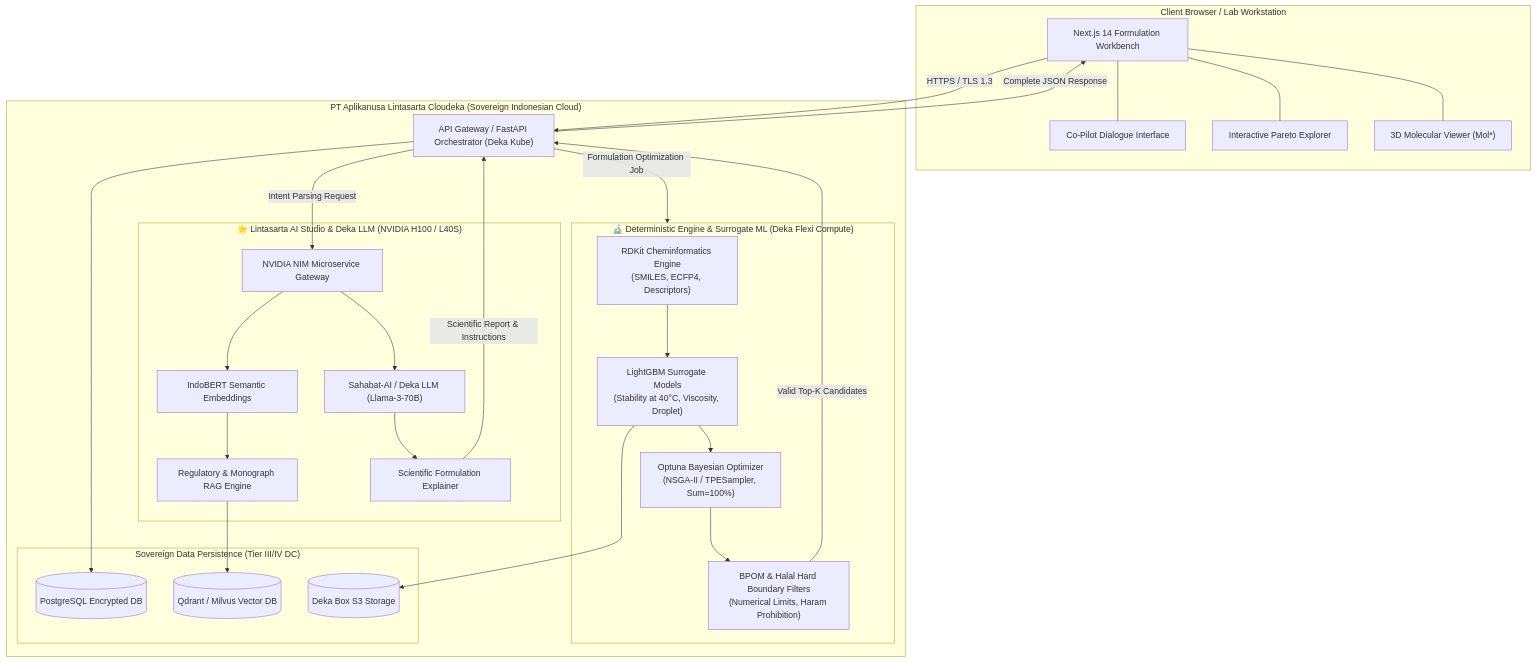
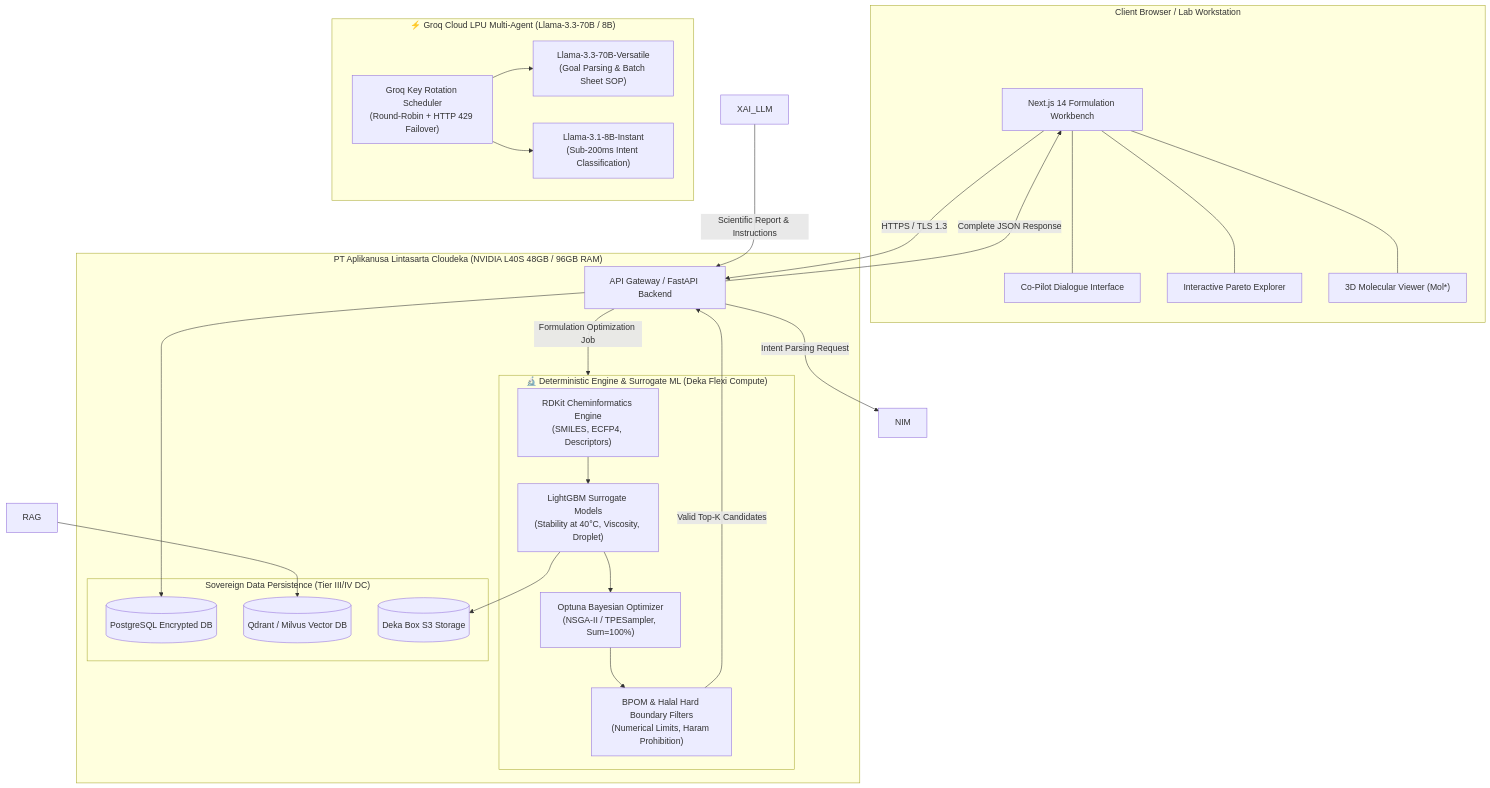
Before and after one commit to ui-hackathon-2026/frontend: the diagram in explorations/lintasarta_ai_integration_strategy.md, drawn with Mermaid. The commit also changed other lines of this file and 72 other files, not shown here.

````diff
--- a/explorations/lintasarta_ai_integration_strategy.md
+++ b/explorations/lintasarta_ai_integration_strategy.md
@@ -224,56 +258,51 @@
 ```mermaid
 flowchart TB
     subgraph ClientLayer ["Client Browser / Lab Workstation"]
         UI["Next.js 14 Formulation Workbench"]
         Chat["Co-Pilot Dialogue Interface"]
         Pareto["Interactive Pareto Explorer"]
         MolVis["3D Molecular Viewer (Mol*)"]
         UI --- Chat
         UI --- Pareto
         UI --- MolVis
     end
 
-    subgraph CloudekaVPC ["PT Aplikanusa Lintasarta Cloudeka (Sovereign Indonesian Cloud)"]
-        Gateway["API Gateway / FastAPI Orchestrator (Deka Kube)"]
-        
-        subgraph LintasartaAI ["🌟 Lintasarta AI Studio & Deka LLM (NVIDIA H100 / L40S)"]
-            NIM["NVIDIA NIM Microservice Gateway"]
-            SahabatAI["Sahabat-AI / Deka LLM (Llama-3-70B)"]
-            IndoEmbed["IndoBERT Semantic Embeddings"]
-            RAG["Regulatory & Monograph RAG Engine"]
-            XAI_LLM["Scientific Formulation Explainer"]
-            
-            NIM --> SahabatAI
-            NIM --> IndoEmbed
-            IndoEmbed --> RAG
-            SahabatAI --> XAI_LLM
-        end
+    subgraph GroqLLM ["⚡ Groq Cloud LPU Multi-Agent (Llama-3.3-70B / 8B)"]
+        GroqGateway["Groq Key Rotation Scheduler<br/>(Round-Robin + HTTP 429 Failover)"]
+        Llama70B["Llama-3.3-70B-Versatile<br/>(Goal Parsing & Batch Sheet SOP)"]
+        Llama8B["Llama-3.1-8B-Instant<br/>(Sub-200ms Intent Classification)"]
+        GroqGateway --> Llama70B
+        GroqGateway --> Llama8B
+    end
+
+    subgraph CloudekaVPC ["PT Aplikanusa Lintasarta Cloudeka (NVIDIA L40S 48GB / 96GB RAM)"]
+        Gateway["API Gateway / FastAPI Backend"]
 
         subgraph DeterministicCore ["🔬 Deterministic Engine & Surrogate ML (Deka Flexi Compute)"]
             RDKit["RDKit Cheminformatics Engine<br/>(SMILES, ECFP4, Descriptors)"]
             Surrogate["LightGBM Surrogate Models<br/>(Stability at 40°C, Viscosity, Droplet)"]
             Optuna["Optuna Bayesian Optimizer<br/>(NSGA-II / TPESampler, Sum=100%)"]
             HardFilter["BPOM & Halal Hard Boundary Filters<br/>(Numerical Limits, Haram Prohibition)"]
             
             RDKit --> Surrogate
             Surrogate --> Optuna
             Optuna --> HardFilter
         end
 
         subgraph SovereignStorage ["Sovereign Data Persistence (Tier III/IV DC)"]
             DB[(PostgreSQL Encrypted DB)]
             VectorStore[(Qdrant / Milvus Vector DB)]
             ObjectStore[(Deka Box S3 Storage)]
         end
     end
 
     UI -->|HTTPS / TLS 1.3| Gateway
     Gateway -->|Intent Parsing Request| NIM
     Gateway -->|Formulation Optimization Job| DeterministicCore
     RAG --> VectorStore
     Gateway --> DB
     Surrogate --> ObjectStore
     HardFilter -->|Valid Top-K Candidates| Gateway
     XAI_LLM -->|Scientific Report & Instructions| Gateway
     Gateway -->|Complete JSON Response| UI
 ```
````
